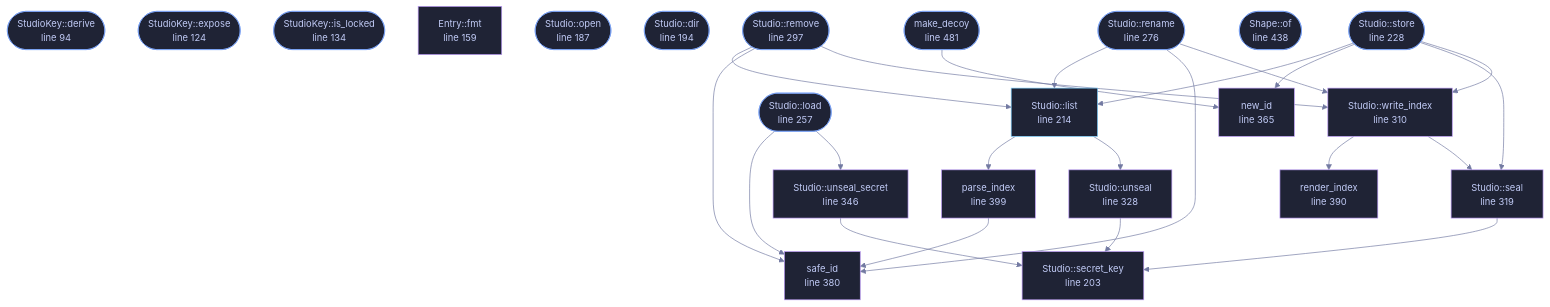
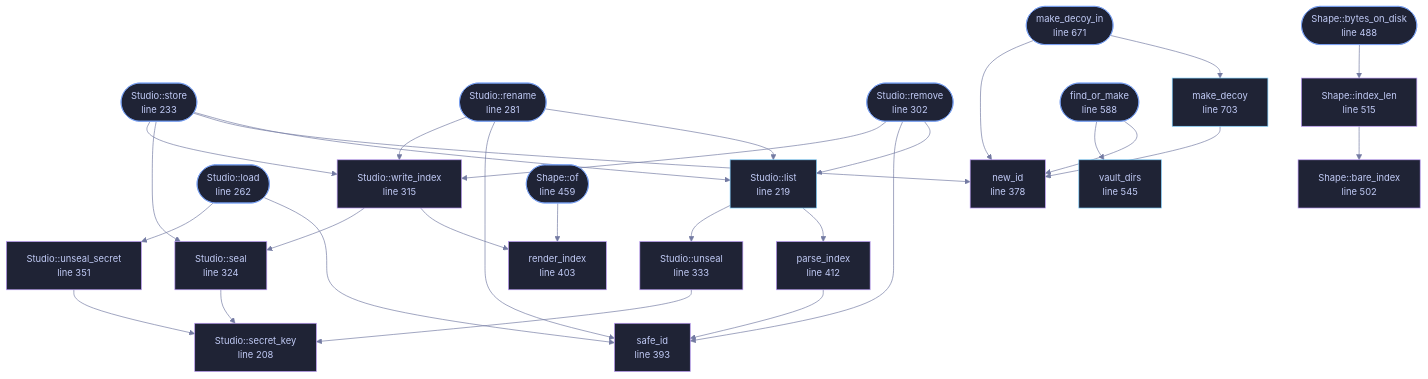
Before and after one commit to tilas01/veilvoice: the diagram in wiki/File-veilvoice-crypto-studio.md, drawn with Mermaid. The commit also changed other lines of this file and 83 other files, not shown here.

````diff
--- a/wiki/File-veilvoice-crypto-studio.md
+++ b/wiki/File-veilvoice-crypto-studio.md
@@ -117,75 +124,82 @@
 ```mermaid
 %%{init: {"theme":"base","themeVariables":{"background":"#1a1b26","primaryColor":"#1f2335","primaryTextColor":"#c0caf5","primaryBorderColor":"#7aa2f7","secondaryColor":"#16161e","tertiaryColor":"#16161e","lineColor":"#737aa2","textColor":"#c0caf5","mainBkg":"#1f2335","nodeBorder":"#7aa2f7","clusterBkg":"#16161e","clusterBorder":"#2f3549","fontFamily":"ui-monospace, SFMono-Regular, Consolas, monospace","fontSize":"14px"}}}%%
 flowchart TD
-    n_derive(["StudioKey::derive<br/>line 94"])
-    n_expose(["StudioKey::expose<br/>line 124"])
-    n_is_locked(["StudioKey::is_locked<br/>line 134"])
-    n_fmt["Entry::fmt<br/>line 159"]
-    n_open(["Studio::open<br/>line 187"])
-    n_dir(["Studio::dir<br/>line 194"])
-    n_secret_key["Studio::secret_key<br/>line 203"]
-    n_list["Studio::list<br/>line 214"]
-    n_store(["Studio::store<br/>line 228"])
-    n_load(["Studio::load<br/>line 257"])
-    n_rename(["Studio::rename<br/>line 276"])
-    n_remove(["Studio::remove<br/>line 297"])
-    n_write_index["Studio::write_index<br/>line 310"]
-    n_seal["Studio::seal<br/>line 319"]
-    n_unseal["Studio::unseal<br/>line 328"]
-    n_unseal_secret["Studio::unseal_secret<br/>line 346"]
-    n_new_id["new_id<br/>line 365"]
-    n_safe_id["safe_id<br/>line 380"]
-    n_render_index["render_index<br/>line 390"]
-    n_parse_index["parse_index<br/>line 399"]
-    n_of(["Shape::of<br/>line 438"])
-    n_make_decoy(["make_decoy<br/>line 481"])
+    n_secret_key["Studio::secret_key<br/>line 208"]
+    n_list["Studio::list<br/>line 219"]
+    n_store(["Studio::store<br/>line 233"])
+    n_load(["Studio::load<br/>line 262"])
+    n_rename(["Studio::rename<br/>line 281"])
+    n_remove(["Studio::remove<br/>line 302"])
+    n_write_index["Studio::write_index<br/>line 315"]
+    n_seal["Studio::seal<br/>line 324"]
+    n_unseal["Studio::unseal<br/>line 333"]
+    n_unseal_secret["Studio::unseal_secret<br/>line 351"]
+    n_new_id["new_id<br/>line 378"]
+    n_safe_id["safe_id<br/>line 393"]
+    n_render_index["render_index<br/>line 403"]
+    n_parse_index["parse_index<br/>line 412"]
+    n_of(["Shape::of<br/>line 459"])
+    n_bytes_on_disk(["Shape::bytes_on_disk<br/>line 488"])
+    n_bare_index["Shape::bare_index<br/>line 502"]
+    n_index_len["Shape::index_len<br/>line 515"]
+    n_vault_dirs["vault_dirs<br/>line 545"]
+    n_find_or_make(["find_or_make<br/>line 588"])
+    n_make_decoy_in(["make_decoy_in<br/>line 671"])
+    n_make_decoy["make_decoy<br/>line 703"]
+    n_bytes_on_disk --> n_index_len
+    n_find_or_make --> n_new_id
+    n_find_or_make --> n_vault_dirs
+    n_index_len --> n_bare_index
     n_list --> n_parse_index
     n_list --> n_unseal
     n_load --> n_safe_id
     n_load --> n_unseal_secret
     n_make_decoy --> n_new_id
+    n_make_decoy_in --> n_make_decoy
+    n_make_decoy_in --> n_new_id
+    n_of --> n_render_index
     n_parse_index --> n_safe_id
     n_remove --> n_list
     n_remove --> n_safe_id
     n_remove --> n_write_index
     n_rename --> n_list
     n_rename --> n_safe_id
     n_rename --> n_write_index
     n_seal --> n_secret_key
     n_store --> n_list
     n_store --> n_new_id
     n_store --> n_seal
     n_store --> n_write_index
     n_unseal --> n_secret_key
     n_unseal_secret --> n_secret_key
     n_write_index --> n_render_index
     n_write_index --> n_seal
-    click n_derive href "https://github.com/tilas01/veilvoice/blob/main/crates/veilvoice-crypto/src/studio.rs#L94" "open the source"
-    click n_expose href "https://github.com/tilas01/veilvoice/blob/main/crates/veilvoice-crypto/src/studio.rs#L124" "open the source"
-    click n_is_locked href "https://github.com/tilas01/veilvoice/blob/main/crates/veilvoice-crypto/src/studio.rs#L134" "open the source"
-    click n_fmt href "https://github.com/tilas01/veilvoice/blob/main/crates/veilvoice-crypto/src/studio.rs#L159" "open the source"
-    click n_open href "https://github.com/tilas01/veilvoice/blob/main/crates/veilvoice-crypto/src/studio.rs#L187" "open the source"
-    click n_dir href "https://github.com/tilas01/veilvoice/blob/main/crates/veilvoice-crypto/src/studio.rs#L194" "open the source"
-    click n_secret_key href "https://github.com/tilas01/veilvoice/blob/main/crates/veilvoice-crypto/src/studio.rs#L203" "open the source"
-    click n_list href "https://github.com/tilas01/veilvoice/blob/main/crates/veilvoice-crypto/src/studio.rs#L214" "open the source"
-    click n_store href "https://github.com/tilas01/veilvoice/blob/main/crates/veilvoice-crypto/src/studio.rs#L228" "open the source"
-    click n_load href "https://github.com/tilas01/veilvoice/blob/main/crates/veilvoice-crypto/src/studio.rs#L257" "open the source"
-    click n_rename href "https://github.com/tilas01/veilvoice/blob/main/crates/veilvoice-crypto/src/studio.rs#L276" "open the source"
-    click n_remove href "https://github.com/tilas01/veilvoice/blob/main/crates/veilvoice-crypto/src/studio.rs#L297" "open the source"
-    click n_write_index href "https://github.com/tilas01/veilvoice/blob/main/crates/veilvoice-crypto/src/studio.rs#L310" "open the source"
-    click n_seal href "https://github.com/tilas01/veilvoice/blob/main/crates/veilvoice-crypto/src/studio.rs#L319" "open the source"
-    click n_unseal href "https://github.com/tilas01/veilvoice/blob/main/crates/veilvoice-crypto/src/studio.rs#L328" "open the source"
-    click n_unseal_secret href "https://github.com/tilas01/veilvoice/blob/main/crates/veilvoice-crypto/src/studio.rs#L346" "open the source"
-    click n_new_id href "https://github.com/tilas01/veilvoice/blob/main/crates/veilvoice-crypto/src/studio.rs#L365" "open the source"
-    click n_safe_id href "https://github.com/tilas01/veilvoice/blob/main/crates/veilvoice-crypto/src/studio.rs#L380" "open the source"
-    click n_render_index href "https://github.com/tilas01/veilvoice/blob/main/crates/veilvoice-crypto/src/studio.rs#L390" "open the source"
-    click n_parse_index href "https://github.com/tilas01/veilvoice/blob/main/crates/veilvoice-crypto/src/studio.rs#L399" "open the source"
-    click n_of href "https://github.com/tilas01/veilvoice/blob/main/crates/veilvoice-crypto/src/studio.rs#L438" "open the source"
-    click n_make_decoy href "https://github.com/tilas01/veilvoice/blob/main/crates/veilvoice-crypto/src/studio.rs#L481" "open the source"
+    click n_secret_key href "https://github.com/tilas01/veilvoice/blob/main/crates/veilvoice-crypto/src/studio.rs#L208" "open the source"
+    click n_list href "https://github.com/tilas01/veilvoice/blob/main/crates/veilvoice-crypto/src/studio.rs#L219" "open the source"
+    click n_store href "https://github.com/tilas01/veilvoice/blob/main/crates/veilvoice-crypto/src/studio.rs#L233" "open the source"
+    click n_load href "https://github.com/tilas01/veilvoice/blob/main/crates/veilvoice-crypto/src/studio.rs#L262" "open the source"
+    click n_rename href "https://github.com/tilas01/veilvoice/blob/main/crates/veilvoice-crypto/src/studio.rs#L281" "open the source"
+    click n_remove href "https://github.com/tilas01/veilvoice/blob/main/crates/veilvoice-crypto/src/studio.rs#L302" "open the source"
+    click n_write_index href "https://github.com/tilas01/veilvoice/blob/main/crates/veilvoice-crypto/src/studio.rs#L315" "open the source"
+    click n_seal href "https://github.com/tilas01/veilvoice/blob/main/crates/veilvoice-crypto/src/studio.rs#L324" "open the source"
+    click n_unseal href "https://github.com/tilas01/veilvoice/blob/main/crates/veilvoice-crypto/src/studio.rs#L333" "open the source"
+    click n_unseal_secret href "https://github.com/tilas01/veilvoice/blob/main/crates/veilvoice-crypto/src/studio.rs#L351" "open the source"
+    click n_new_id href "https://github.com/tilas01/veilvoice/blob/main/crates/veilvoice-crypto/src/studio.rs#L378" "open the source"
+    click n_safe_id href "https://github.com/tilas01/veilvoice/blob/main/crates/veilvoice-crypto/src/studio.rs#L393" "open the source"
+    click n_render_index href "https://github.com/tilas01/veilvoice/blob/main/crates/veilvoice-crypto/src/studio.rs#L403" "open the source"
+    click n_parse_index href "https://github.com/tilas01/veilvoice/blob/main/crates/veilvoice-crypto/src/studio.rs#L412" "open the source"
+    click n_of href "https://github.com/tilas01/veilvoice/blob/main/crates/veilvoice-crypto/src/studio.rs#L459" "open the source"
+    click n_bytes_on_disk href "https://github.com/tilas01/veilvoice/blob/main/crates/veilvoice-crypto/src/studio.rs#L488" "open the source"
+    click n_bare_index href "https://github.com/tilas01/veilvoice/blob/main/crates/veilvoice-crypto/src/studio.rs#L502" "open the source"
+    click n_index_len href "https://github.com/tilas01/veilvoice/blob/main/crates/veilvoice-crypto/src/studio.rs#L515" "open the source"
+    click n_vault_dirs href "https://github.com/tilas01/veilvoice/blob/main/crates/veilvoice-crypto/src/studio.rs#L545" "open the source"
+    click n_find_or_make href "https://github.com/tilas01/veilvoice/blob/main/crates/veilvoice-crypto/src/studio.rs#L588" "open the source"
+    click n_make_decoy_in href "https://github.com/tilas01/veilvoice/blob/main/crates/veilvoice-crypto/src/studio.rs#L671" "open the source"
+    click n_make_decoy href "https://github.com/tilas01/veilvoice/blob/main/crates/veilvoice-crypto/src/studio.rs#L703" "open the source"
     classDef entry fill:#1f2335,stroke:#7aa2f7,color:#c0caf5
-    class n_derive,n_expose,n_is_locked,n_open,n_dir,n_store,n_load,n_rename,n_remove,n_of,n_make_decoy entry
+    class n_store,n_load,n_rename,n_remove,n_of,n_bytes_on_disk,n_find_or_make,n_make_decoy_in entry
     classDef api fill:#1f2335,stroke:#7dcfff,color:#c0caf5
-    class n_list api
+    class n_list,n_vault_dirs,n_make_decoy api
     classDef helper fill:#1f2335,stroke:#bb9af7,color:#c0caf5
-    class n_fmt,n_secret_key,n_write_index,n_seal,n_unseal,n_unseal_secret,n_new_id,n_safe_id,n_render_index,n_parse_index helper
+    class n_secret_key,n_write_index,n_seal,n_unseal,n_unseal_secret,n_new_id,n_safe_id,n_render_index,n_parse_index,n_bare_index,n_index_len helper
 ```
````
